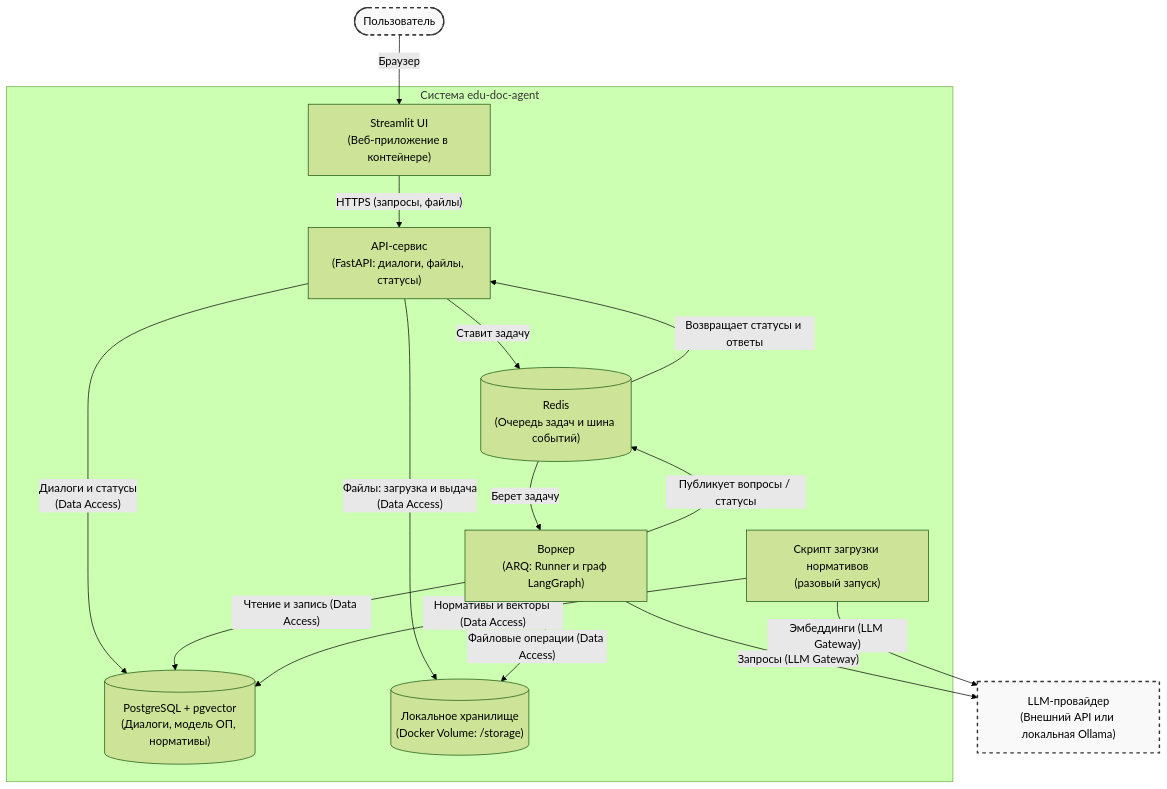
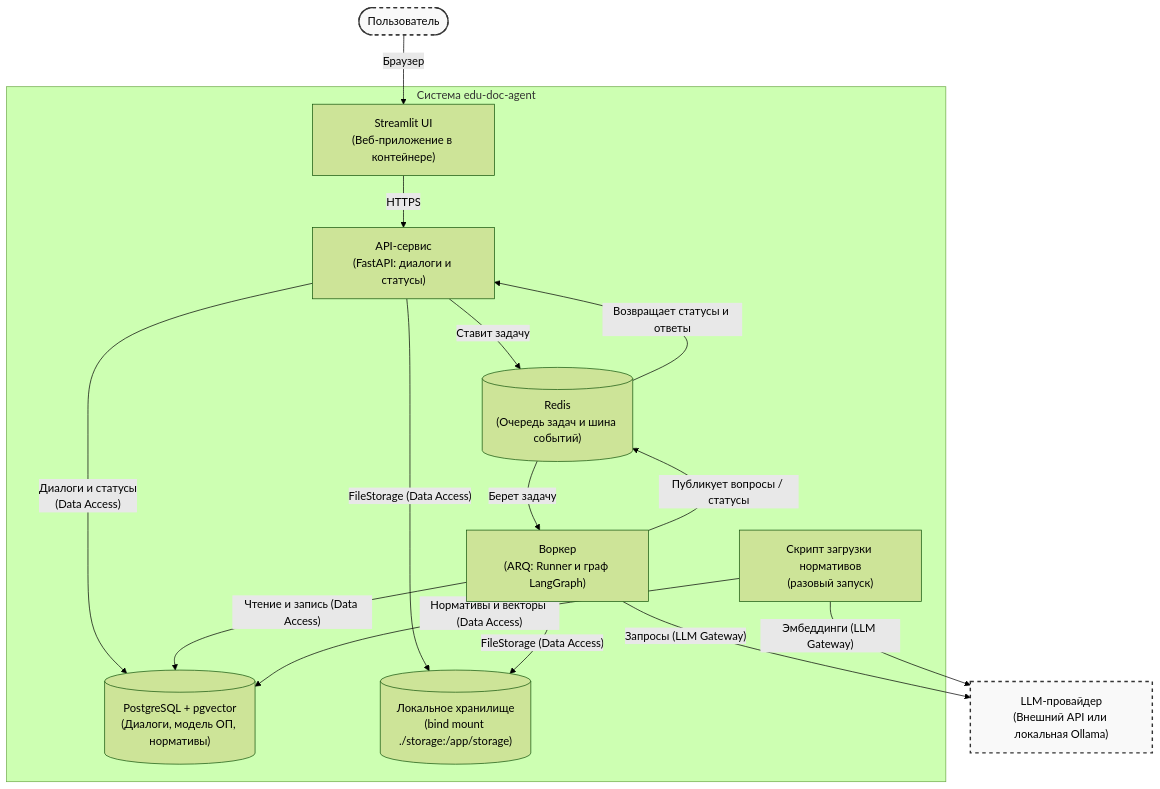
One commit to citec-spbu/edu-doc-agent changed the second of 3 diagrams in docs/backend-architecture.md. Above: the diagram before and after it, drawn with Mermaid (forest theme). The commit also changed other lines of this file and 2 other files, not shown here.

Commit message:
docs: describe the local file storage contract

````diff
--- a/docs/backend-architecture.md
+++ b/docs/backend-architecture.md
@@ -59,37 +59,37 @@
 ```mermaid
 flowchart TB
     USER(["Пользователь"])
 
     subgraph System ["Система edu-doc-agent"]
         UI["Streamlit UI<br/>(Веб-приложение в контейнере)"]
-        API["API-сервис<br/>(FastAPI: диалоги, файлы, статусы)"]
+        API["API-сервис<br/>(FastAPI: диалоги и статусы)"]
         REDIS[("Redis<br/>(Очередь задач и шина событий)")]
 
         WORKER["Воркер<br/>(ARQ: Runner и граф LangGraph)"]
         SEED["Скрипт загрузки нормативов<br/>(разовый запуск)"]
 
         DB[("PostgreSQL + pgvector<br/>(Диалоги, модель ОП, нормативы)")]
-        FS[("Локальное хранилище<br/>(Docker Volume: /storage)")]
+        FS[("Локальное хранилище<br/>(bind mount ./storage:/app/storage)")]
     end
 
     LLM["LLM-провайдер<br/>(Внешний API или локальная Ollama)"]
 
     USER -- "Браузер" --> UI
-    UI -- "HTTPS (запросы, файлы)" --> API
+    UI -- "HTTPS" --> API
     API -- "Ставит задачу" --> REDIS
     REDIS -- "Берет задачу" --> WORKER
     WORKER -- "Публикует вопросы / статусы" --> REDIS
     REDIS -- "Возвращает статусы и ответы" --> API
 
-    API -- "Файлы: загрузка и выдача<br/>(Data Access)" --> FS
+    API -- "FileStorage (Data Access)" --> FS
     API -- "Диалоги и статусы<br/>(Data Access)" --> DB
     WORKER -- "Чтение и запись (Data Access)" --> DB
-    WORKER -- "Файловые операции (Data Access)" --> FS
+    WORKER -- "FileStorage (Data Access)" --> FS
     WORKER -- "Запросы (LLM Gateway)" --> LLM
     SEED -- "Нормативы и векторы (Data Access)" --> DB
     SEED -- "Эмбеддинги (LLM Gateway)" --> LLM
 
     classDef external fill:#f9f9f9,stroke:#333,stroke-width:2px,stroke-dasharray: 5 5;
     class USER,LLM external;
 
 ```
````
